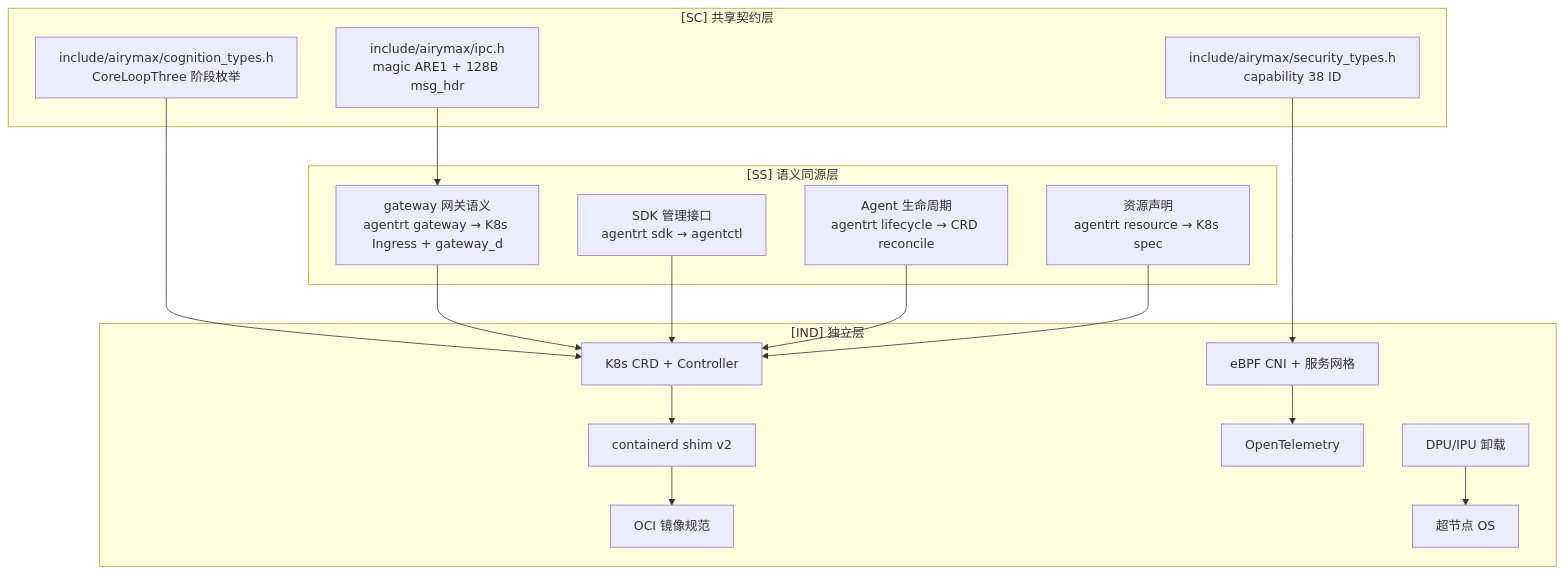
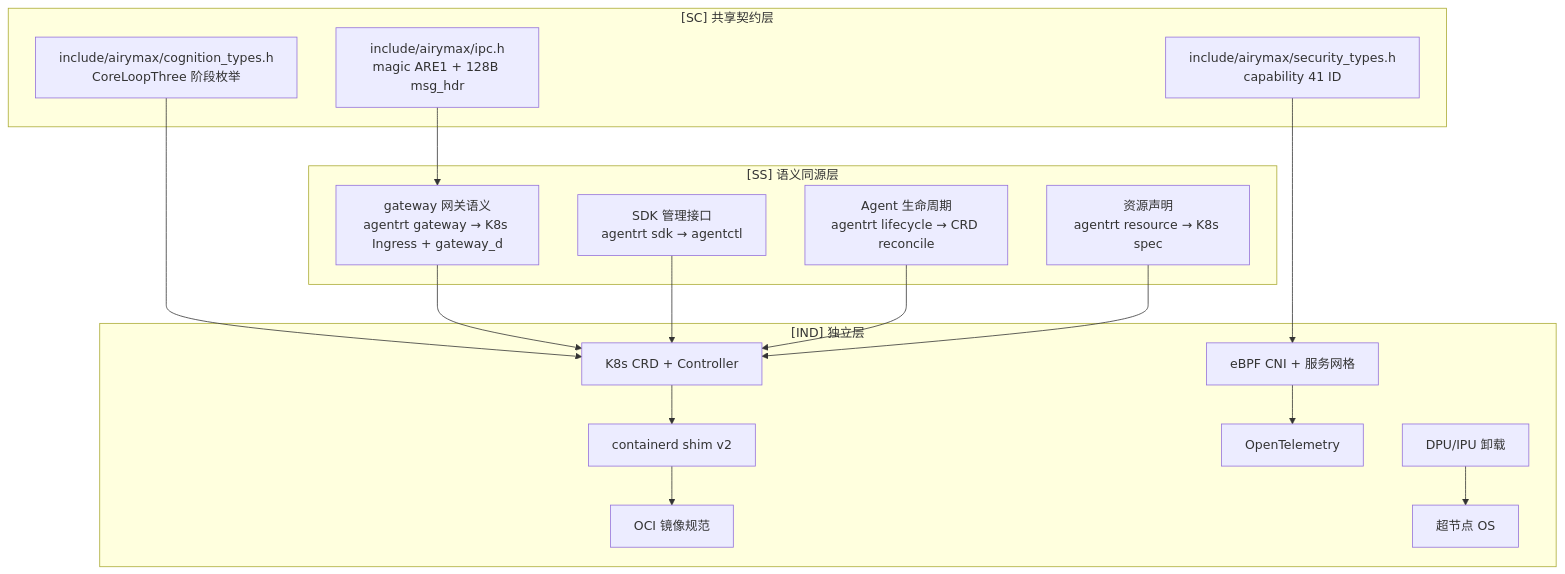
One commit to openairymax/docs-linux changed the second of 2 diagrams in 20-modules/06-cloudnative.md. Above: the diagram before and after it, drawn with Mermaid. The commit also changed other lines of this file and 132 other files, not shown here.

````diff
--- a/20-modules/06-cloudnative.md
+++ b/20-modules/06-cloudnative.md
@@ -435,34 +428,34 @@
 ```mermaid
 graph TD
     subgraph SC["[SC] 共享契约层"]
         IPC_HDR[include/airymax/ipc.h<br/>magic ARE1 + 128B msg_hdr]
-        SEC_HDR[include/airymax/security_types.h<br/>capability 38 ID]
+        SEC_HDR[include/airymax/security_types.h<br/>capability 41 ID]
         COG_HDR[include/airymax/cognition_types.h<br/>CoreLoopThree 阶段枚举]
     end
     subgraph SS["[SS] 语义同源层"]
         GW_SEM[gateway 网关语义<br/>agentrt gateway → K8s Ingress + gateway_d]
         SDK_SEM[SDK 管理接口<br/>agentrt sdk → agentctl]
         LIFE_SEM[Agent 生命周期<br/>agentrt lifecycle → CRD reconcile]
         RES_SEM[资源声明<br/>agentrt resource → K8s spec]
     end
     subgraph IND["[IND] 独立层"]
         CRD[K8s CRD + Controller]
         SHIM[containerd shim v2]
         OCI[OCI 镜像规范]
         CNI[eBPF CNI + 服务网格]
         OTEL[OpenTelemetry]
         DPU[DPU/IPU 卸载]
         SNO[超节点 OS]
     end
     IPC_HDR --> GW_SEM
     SEC_HDR --> CNI
     COG_HDR --> CRD
     GW_SEM --> CRD
     SDK_SEM --> CRD
     LIFE_SEM --> CRD
     RES_SEM --> CRD
     CRD --> SHIM
     SHIM --> OCI
     CNI --> OTEL
     DPU --> SNO
 ```
````
